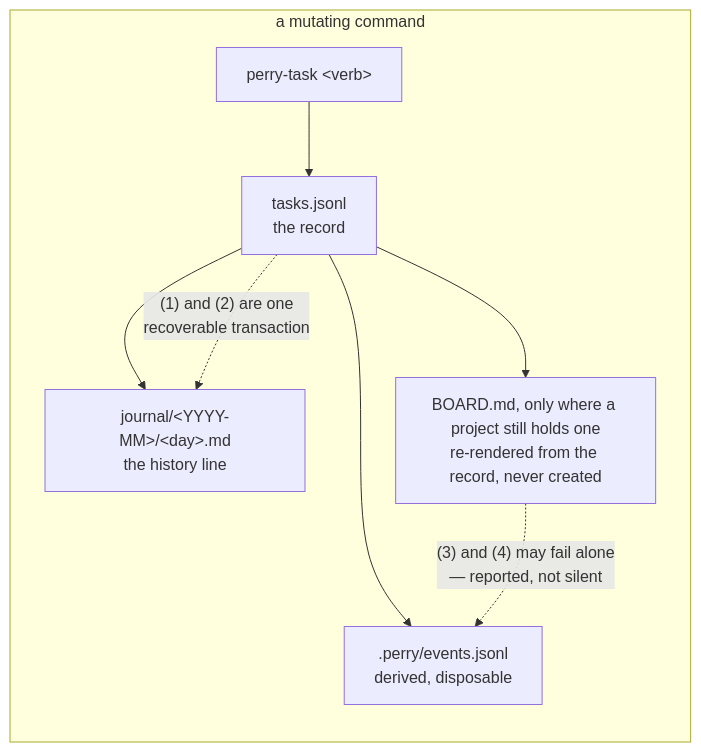
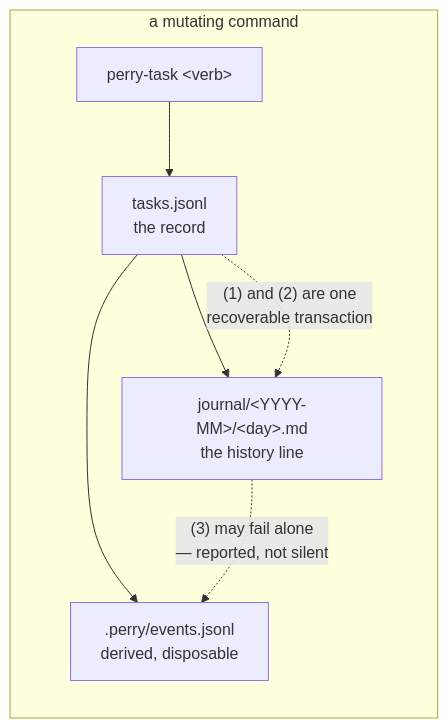
Before and after one commit to ranjiao/Perry: the second of 3 diagrams in ARCHITECTURE.md, drawn with Mermaid. The commit also changed other lines of this file and 1 other file, not shown here.

First line of the commit message:
ARCHITECTURE.md NN-2 and section 5 after TASK-262 retired a held BOARD.md (user-confirmed); bin/README board reads SURFACE (F3)

````diff
--- a/ARCHITECTURE.md
+++ b/ARCHITECTURE.md
@@ -146,12 +148,11 @@
 ```mermaid
 flowchart LR
     subgraph write["a mutating command"]
         direction TB
         A["perry-task &lt;verb&gt;"] --> B["tasks.jsonl<br/>the record"]
         B --> C["journal/&lt;YYYY-MM&gt;/&lt;day&gt;.md<br/>the history line"]
-        B --> D["BOARD.md, only where a project still holds one<br/>re-rendered from the record, never created"]
         B --> E[".perry/events.jsonl<br/>derived, disposable"]
     end
     B -.->|"(1) and (2) are one<br/>recoverable transaction"| C
-    D -.->|"(3) and (4) may fail alone<br/>— reported, not silent"| E
+    C -.->|"(3) may fail alone<br/>— reported, not silent"| E
 ```
````
